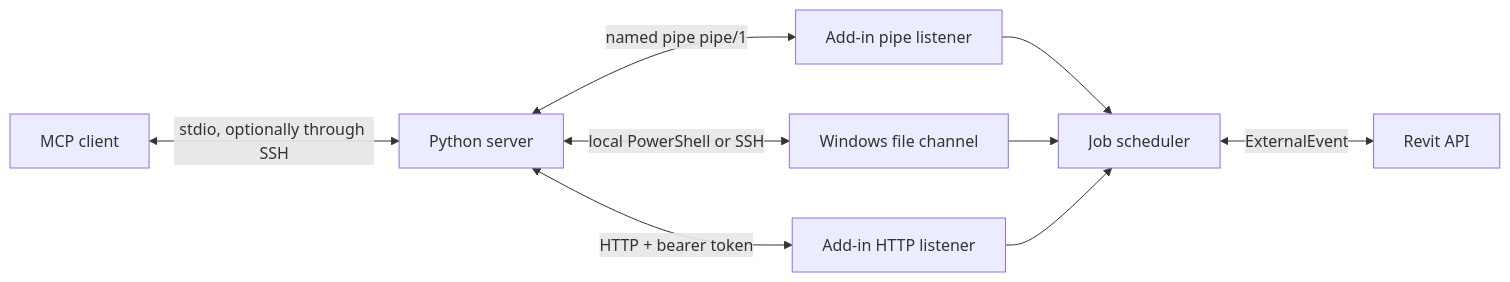
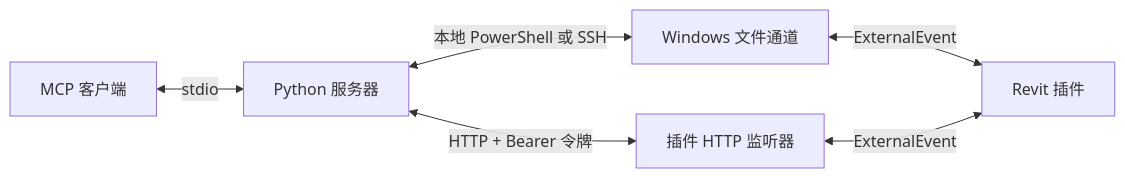
One commit to vibe-bimer/revit-model-mcp changed the diagram in docs/transport.md. Above: the diagram before and after it, drawn with Mermaid. The commit also changed other lines of this file and 489 other files, not shown here.

````diff
--- a/docs/transport.md
+++ b/docs/transport.md
@@ -596,11 +340,8 @@
 ```mermaid
 flowchart LR
-    Client[MCP client] <-->|stdio, optionally through SSH| Server[Python server]
-    Server <-->|named pipe pipe/1| Pipe[Add-in pipe listener]
-    Server <-->|local PowerShell or SSH| Channel[Windows file channel]
-    Server <-->|HTTP + bearer token| Endpoint[Add-in HTTP listener]
-    Pipe --> Scheduler[Job scheduler]
-    Channel --> Scheduler
-    Endpoint --> Scheduler
-    Scheduler <-->|ExternalEvent| Revit[Revit API]
+    Client[MCP 客户端] <-->|stdio| Server[Python 服务器]
+    Server <-->|本地 PowerShell 或 SSH| Channel[Windows 文件通道]
+    Channel <-->|ExternalEvent| Revit[Revit 插件]
+    Server <-->|HTTP + Bearer 令牌| Endpoint[插件 HTTP 监听器]
+    Endpoint <-->|ExternalEvent| Revit
 ```
````
